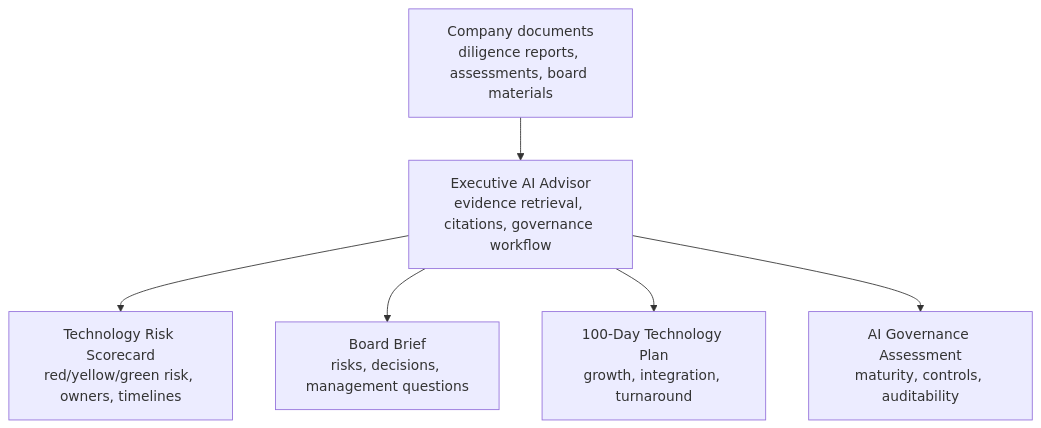
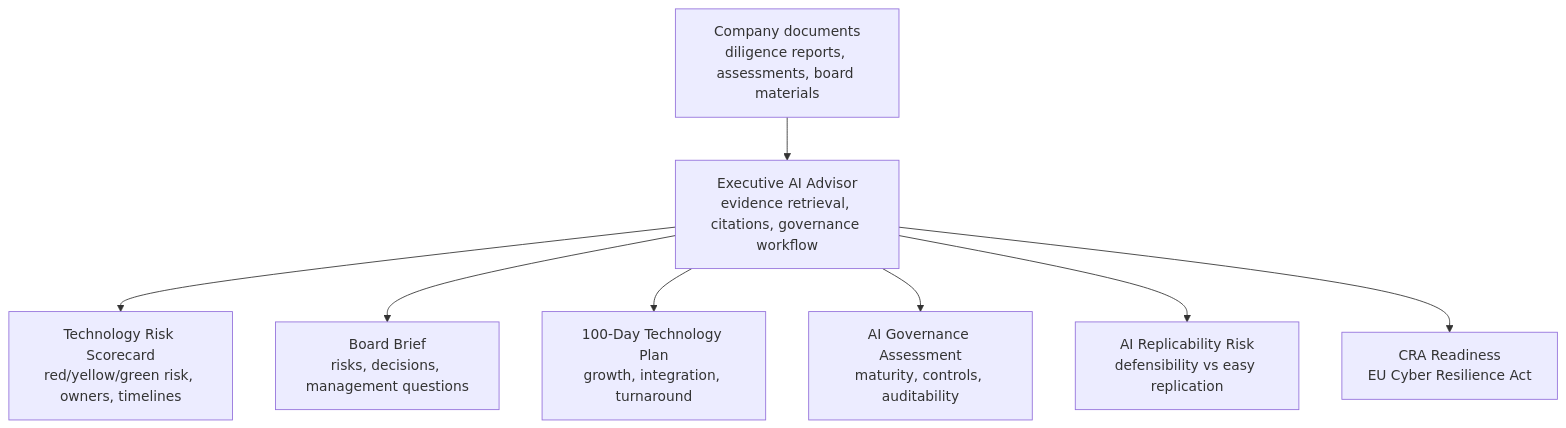
Before and after one commit to serewicz/Executive-AI-Advisor: the diagram in README.md, drawn with Mermaid. The commit also changed other lines of this file, not shown here.

````diff
--- a/README.md
+++ b/README.md
@@ -9,8 +9,10 @@
 ```mermaid
 flowchart TD
   A["Company documents<br/>diligence reports, assessments, board materials"] --> B["Executive AI Advisor<br/>evidence retrieval, citations, governance workflow"]
   B --> C["Technology Risk Scorecard<br/>red/yellow/green risk, owners, timelines"]
   B --> D["Board Brief<br/>risks, decisions, management questions"]
   B --> E["100-Day Technology Plan<br/>growth, integration, turnaround"]
   B --> F["AI Governance Assessment<br/>maturity, controls, auditability"]
+  B --> G["AI Replicability Risk<br/>defensibility vs easy replication"]
+  B --> H["CRA Readiness<br/>EU Cyber Resilience Act"]
 ```
````
